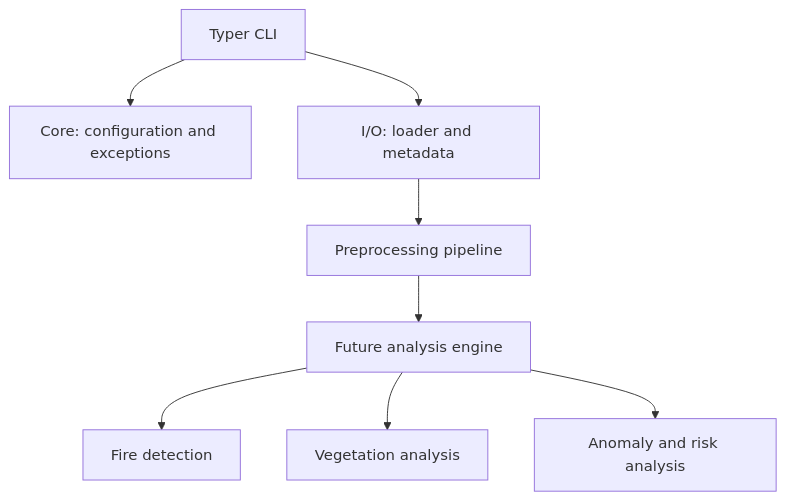
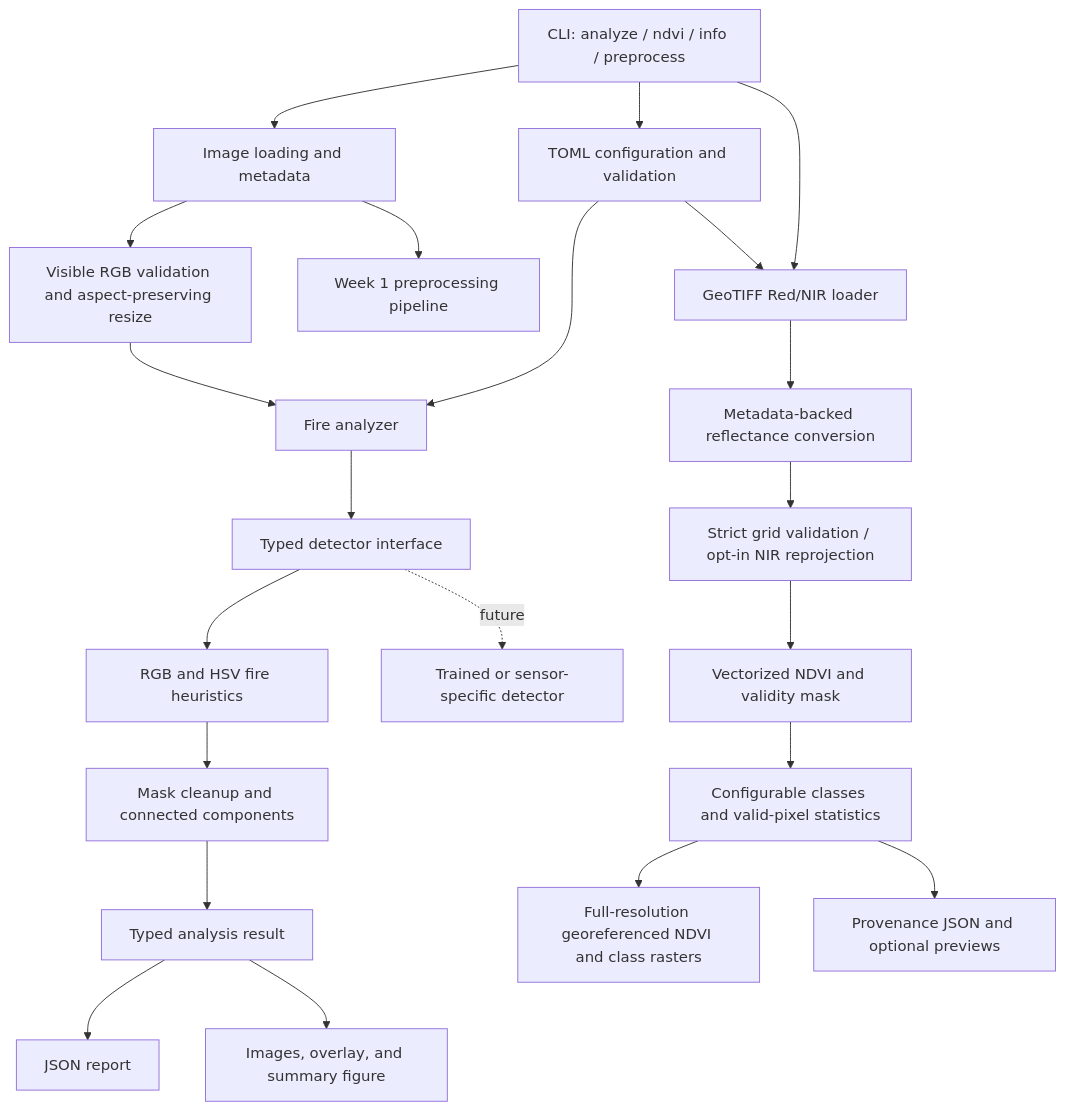
The diagram in docs/architecture.md (A4S8K/Satellite-Image-Analyzer), drawn with Mermaid before and after one commit. The commit also changed other lines of this file and 68 other files, not shown here.

Commit message:
feat: complete Week 2 fire detection and Week 3 NDVI

````diff
--- a/docs/architecture.md
+++ b/docs/architecture.md
@@ -6,10 +7,24 @@
 ```mermaid
 flowchart TD
-    CLI[Typer CLI] --> Core[Core: configuration and exceptions]
-    CLI --> IO[I/O: loader and metadata]
-    IO --> Preprocessing[Preprocessing pipeline]
-    Preprocessing --> Future[Future analysis engine]
-    Future --> Fire[Fire detection]
-    Future --> Vegetation[Vegetation analysis]
-    Future --> Anomalies[Anomaly and risk analysis]
+    CLI[CLI: analyze / ndvi / info / preprocess] --> IO[Image loading and metadata]
+    CLI --> Config[TOML configuration and validation]
+    IO --> Preparation[Visible RGB validation and aspect-preserving resize]
+    Config --> Analyzer[Fire analyzer]
+    Preparation --> Analyzer
+    Analyzer --> Detector[Typed detector interface]
+    Detector --> RGB[RGB and HSV fire heuristics]
+    RGB --> Components[Mask cleanup and connected components]
+    Components --> Result[Typed analysis result]
+    Result --> Report[JSON report]
+    Result --> Visuals[Images, overlay, and summary figure]
+    IO --> Preprocessing[Week 1 preprocessing pipeline]
+    Detector -. future .-> Models[Trained or sensor-specific detector]
+    CLI --> Spectral[GeoTIFF Red/NIR loader]
+    Config --> Spectral
+    Spectral --> Calibration[Metadata-backed reflectance conversion]
+    Calibration --> Alignment[Strict grid validation / opt-in NIR reprojection]
+    Alignment --> NDVI[Vectorized NDVI and validity mask]
+    NDVI --> Vegetation[Configurable classes and valid-pixel statistics]
+    Vegetation --> GeoTIFF[Full-resolution georeferenced NDVI and class rasters]
+    Vegetation --> SpectralReport[Provenance JSON and optional previews]
 ```
````
